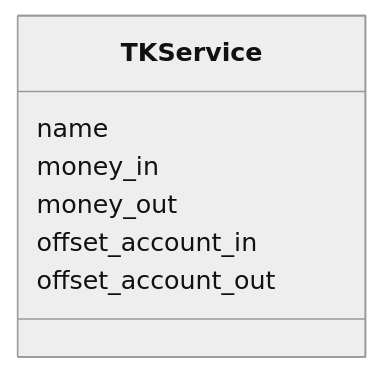
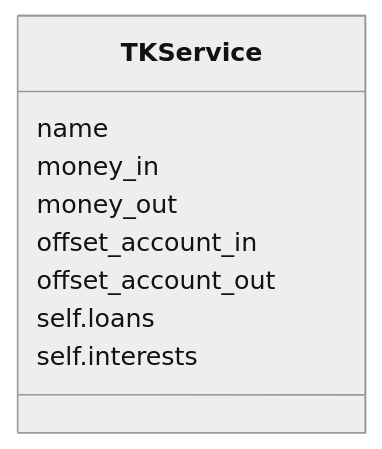
The first of 3 diagrams in dokumentaatio/arkkitehtuuri.md (rpessi/ot-harjoitustyo), drawn with Mermaid (neutral theme) before and after one commit. The commit also changed other lines of this file, not shown here.

````diff
--- a/dokumentaatio/arkkitehtuuri.md
+++ b/dokumentaatio/arkkitehtuuri.md
@@ -13,10 +13,12 @@
 ```mermaid
   classDiagram
       class TKService{
           name
-	  money_in
+	  	  money_in
           money_out
           offset_account_in
           offset_account_out
+          self.loans
+          self.interests
       }
 ```	
````
